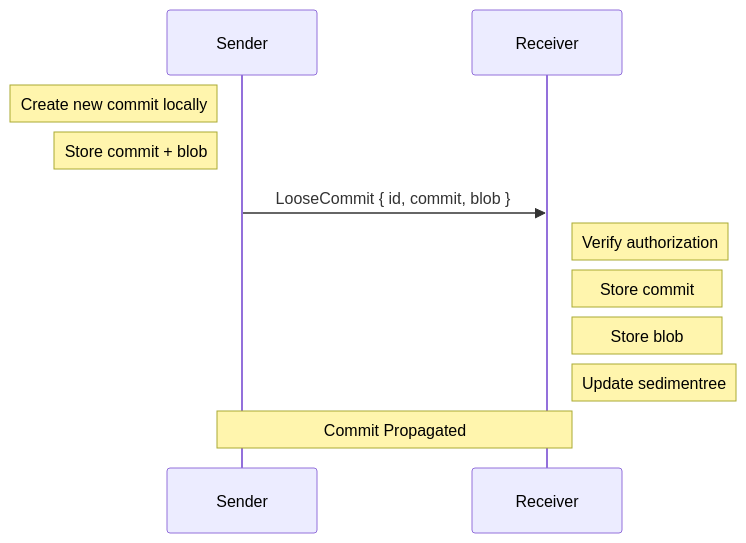
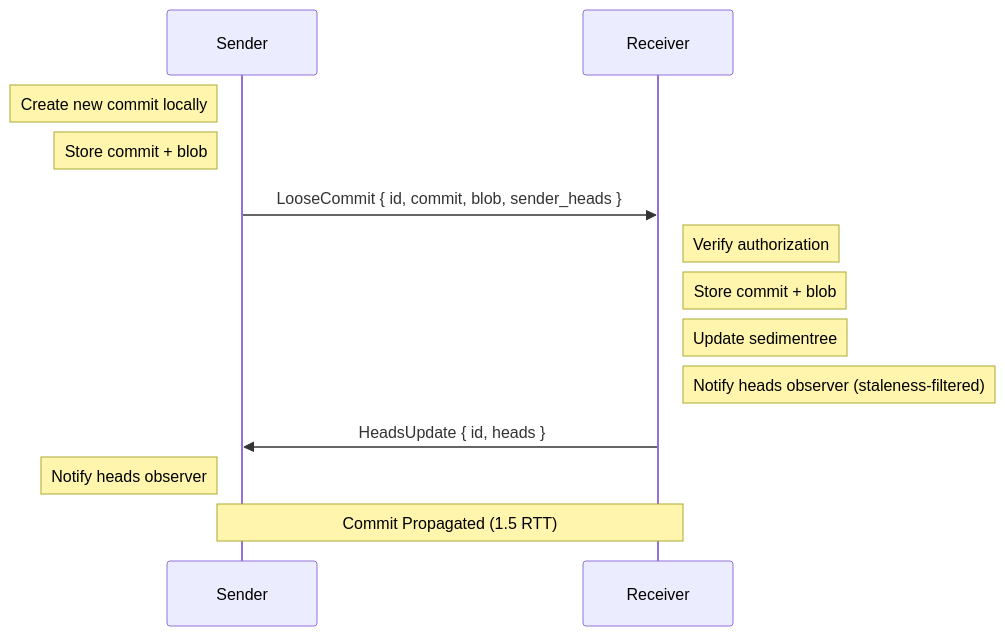
One commit to inkandswitch/subduction changed the third of 4 diagrams in design/sync/incremental.md. Above: the diagram before and after it, drawn with Mermaid. The commit also changed other lines of this file and 34 other files, not shown here.

````diff
--- a/design/sync/incremental.md
+++ b/design/sync/incremental.md
@@ -122,17 +140,20 @@
 ```mermaid
 sequenceDiagram
     participant A as Sender
     participant B as Receiver
 
     Note left of A: Create new commit locally
     Note left of A: Store commit + blob
 
-    A->>B: LooseCommit { id, commit, blob }
+    A->>B: LooseCommit { id, commit, blob, sender_heads }
 
     Note right of B: Verify authorization
-    Note right of B: Store commit
-    Note right of B: Store blob
+    Note right of B: Store commit + blob
     Note right of B: Update sedimentree
+    Note right of B: Notify heads observer (staleness-filtered)
 
-    Note over A,B: Commit Propagated
+    B->>A: HeadsUpdate { id, heads }
+    Note left of A: Notify heads observer
+
+    Note over A,B: Commit Propagated (1.5 RTT)
 ```
````
